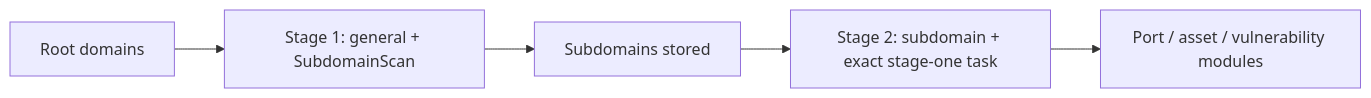
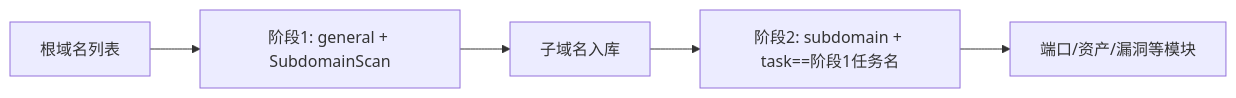
Before and after one commit to kienzx203/k1nzr3c0n-go: the diagram in skills/scopesentry/SKILL.md, drawn with Mermaid. The commit also changed other lines of this file and 821 other files, not shown here.

````diff
--- a/skills/scopesentry/SKILL.md
+++ b/skills/scopesentry/SKILL.md
@@ -136,7 +164,7 @@
 ```mermaid
 flowchart LR
-  A[Root domains] --> B[Stage 1: general + SubdomainScan]
-  B --> C[Subdomains stored]
-  C --> D[Stage 2: subdomain + exact stage-one task]
-  D --> E[Port / asset / vulnerability modules]
+  A[根域名列表] --> B[阶段1: general + SubdomainScan]
+  B --> C[子域名入库]
+  C --> D[阶段2: subdomain + task==阶段1任务名]
+  D --> E[端口/资产/漏洞等模块]
 ```
````
